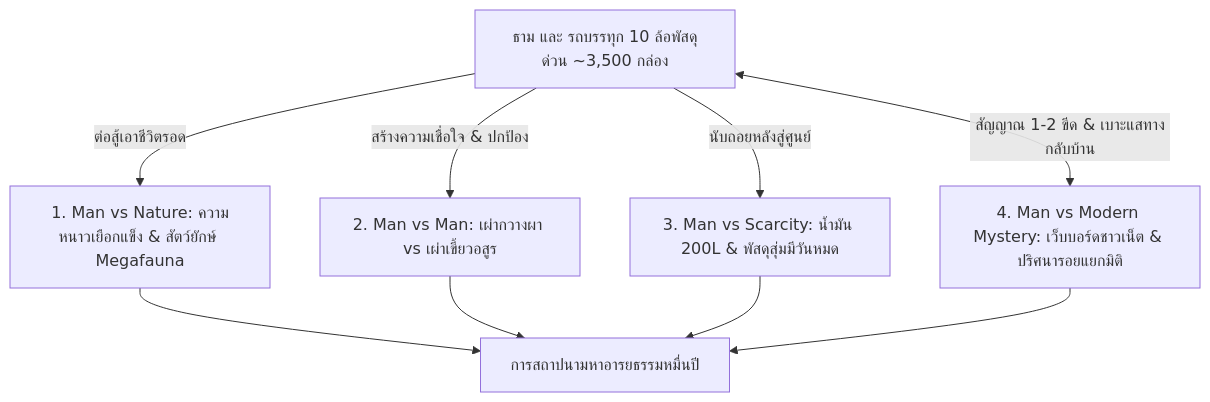
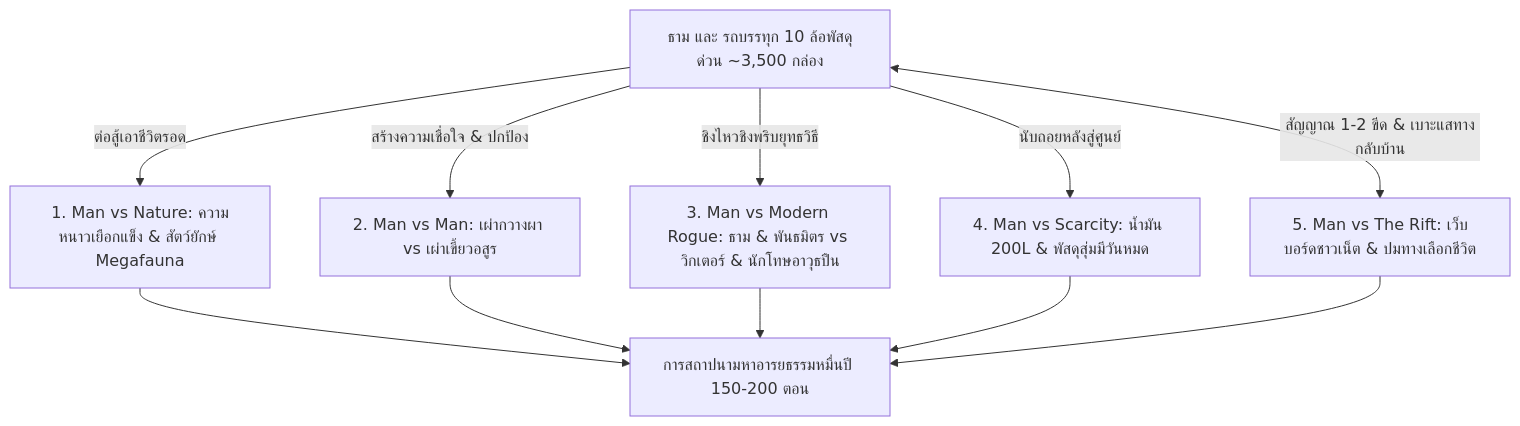
Before and after one commit to thaidelphi/1000-BC-ebooks: the first of 2 diagrams in outline.md, drawn with Mermaid. The commit also changed other lines of this file and 4 other files, not shown here.

Commit message:
Expand epic roadmap to 150-200 chapters (6 Sagas) and integrate Fellow Castaways system

````diff
--- a/outline.md
+++ b/outline.md
@@ -23,8 +24,9 @@
 ```mermaid
 graph TD
     A[ธาม และ รถบรรทุก 10 ล้อพัสดุด่วน ~3,500 กล่อง] -->|ต่อสู้เอาชีวิตรอด| B[1. Man vs Nature: ความหนาวเยือกแข็ง & สัตว์ยักษ์ Megafauna]
     A -->|สร้างความเชื่อใจ & ปกป้อง| C[2. Man vs Man: เผ่ากวางผา vs เผ่าเขี้ยวอสูร]
-    A -->|นับถอยหลังสู่ศูนย์| D[3. Man vs Scarcity: น้ำมัน 200L & พัสดุสุ่มมีวันหมด]
-    A <-->|สัญญาณ 1-2 ขีด & เบาะแสทางกลับบ้าน| E[4. Man vs Modern Mystery: เว็บบอร์ดชาวเน็ต & ปริศนารอยแยกมิติ]
-    B & C & D & E --> F[การสถาปนามหาอารยธรรมหมื่นปี]
+    A -->|ชิงไหวชิงพริบยุทธวิธี| D[3. Man vs Modern Rogue: ธาม & พันธมิตร vs วิกเตอร์ & นักโทษอาวุธปืน]
+    A -->|นับถอยหลังสู่ศูนย์| E[4. Man vs Scarcity: น้ำมัน 200L & พัสดุสุ่มมีวันหมด]
+    A <-->|สัญญาณ 1-2 ขีด & เบาะแสทางกลับบ้าน| F[5. Man vs The Rift: เว็บบอร์ดชาวเน็ต & ปมทางเลือกชีวิต]
+    B & C & D & E & F --> G[การสถาปนามหาอารยธรรมหมื่นปี 150-200 ตอน]
 ```
````
